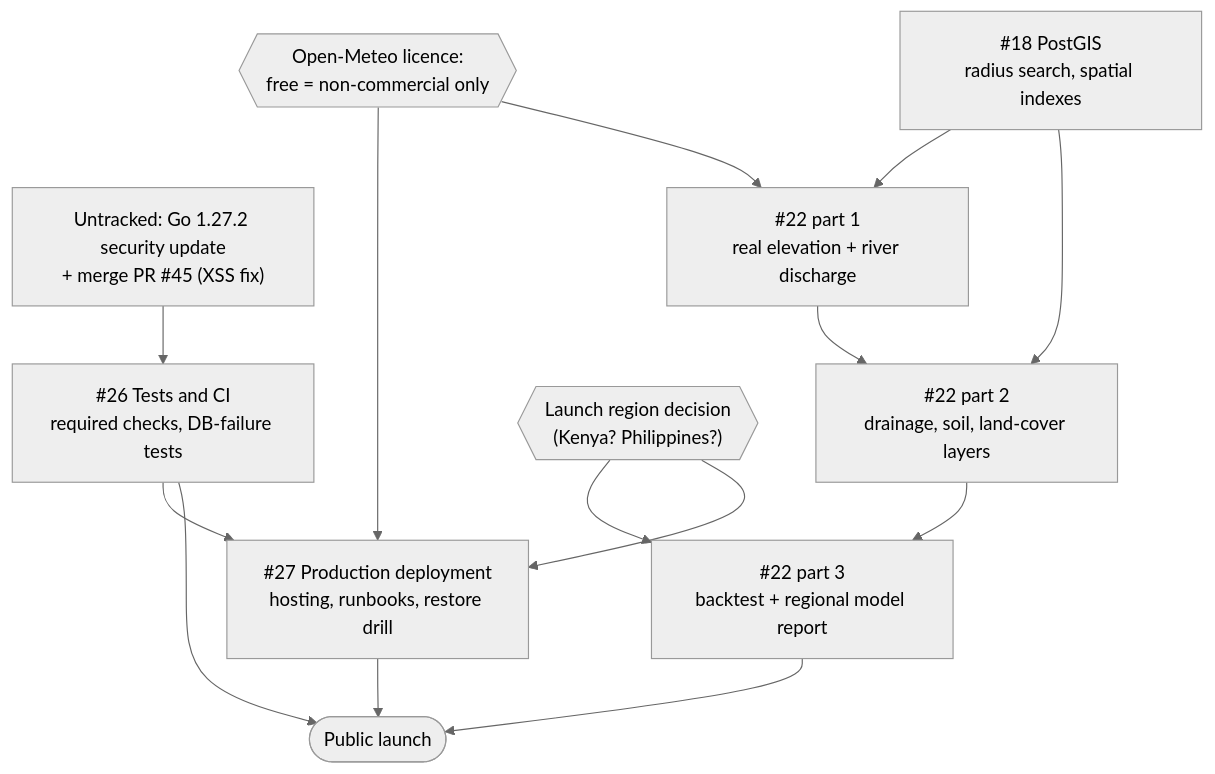
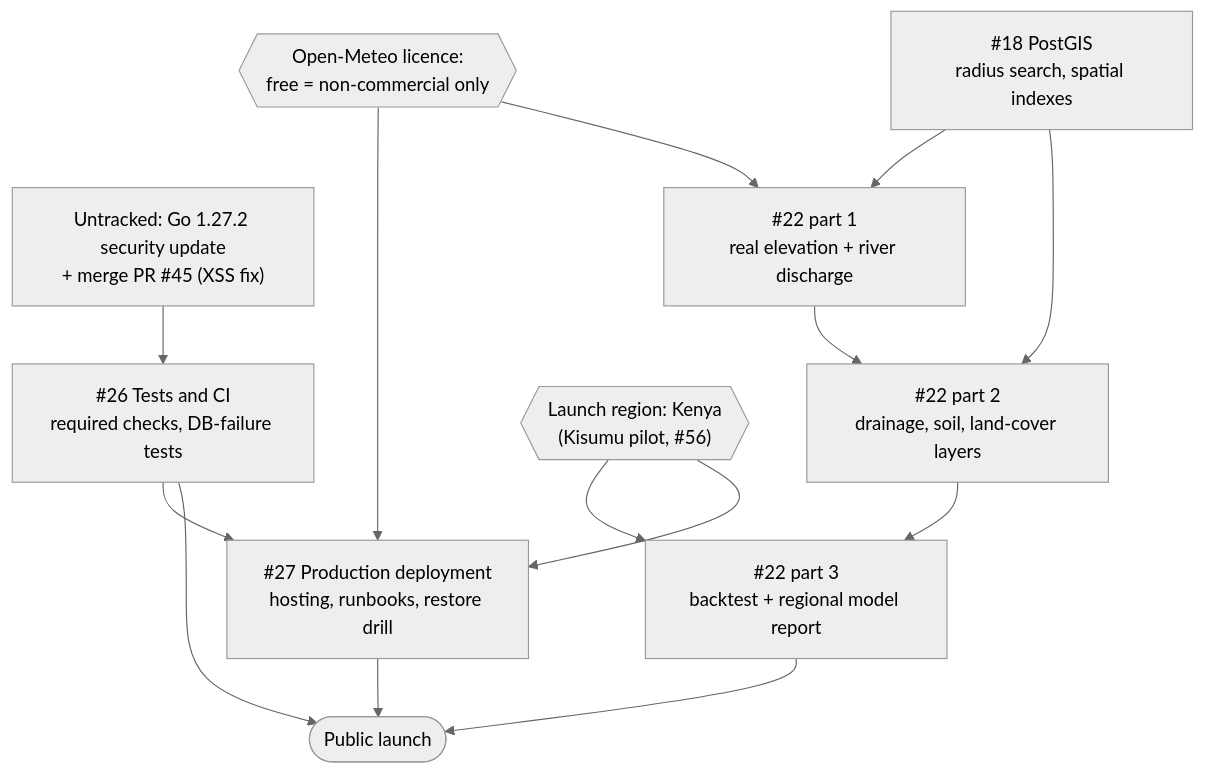
Before and after one commit to iochieng1/Aura-Risk: the diagram in docs/ROADMAP.md, drawn with Mermaid (neutral theme). The commit also changed other lines of this file and 6 other files, not shown here.

First line of the commit message:
feat(region): make Kenya the launch region, Kisumu pilot

````diff
--- a/docs/ROADMAP.md
+++ b/docs/ROADMAP.md
@@ -30,16 +30,16 @@
 ```mermaid
 flowchart TD
   sec["Untracked: Go 1.27.2 security update<br/>+ merge PR #45 (XSS fix)"] --> i26
   i26["#26 Tests and CI<br/>required checks, DB-failure tests"] --> i27
   i18["#18 PostGIS<br/>radius search, spatial indexes"] --> i22a
   i22a["#22 part 1<br/>real elevation + river discharge"] --> i22b
   i18 --> i22b["#22 part 2<br/>drainage, soil, land-cover layers"]
   i22b --> i22c["#22 part 3<br/>backtest + regional model report"]
-  region{{"Launch region decision<br/>(Kenya? Philippines?)"}} --> i22c
+  region{{"Launch region: Kenya<br/>(Kisumu pilot, #56)"}} --> i22c
   region --> i27
   i27["#27 Production deployment<br/>hosting, runbooks, restore drill"] --> launch
   i22c --> launch(["Public launch"])
   i26 --> launch
   licence{{"Open-Meteo licence:<br/>free = non-commercial only"}} --> i27
   licence --> i22a
 ```
````
